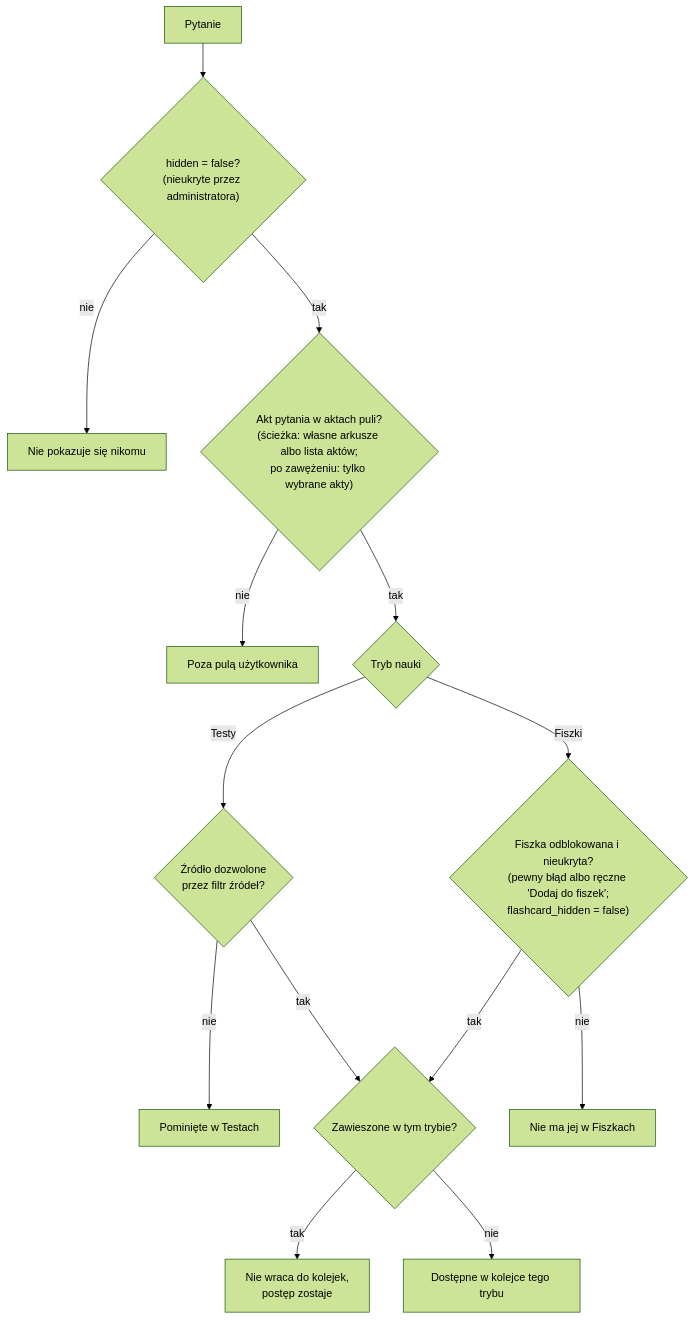
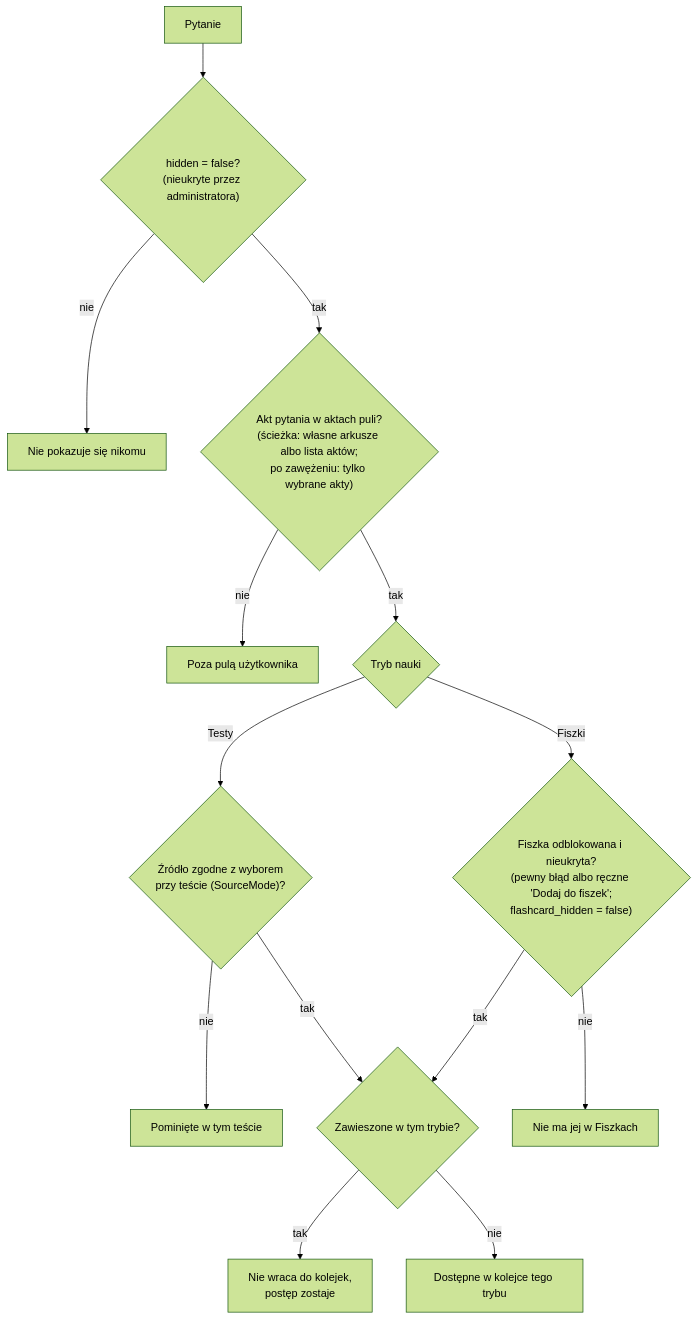
One commit to YellowHand/tutlaw-backend changed the first of 3 diagrams in docs/04-nauka-testy-fiszki-fsrs.md. Above: the diagram before and after it, drawn with Mermaid (forest theme). The commit also changed other lines of this file and 57 other files, not shown here.

````diff
--- a/docs/04-nauka-testy-fiszki-fsrs.md
+++ b/docs/04-nauka-testy-fiszki-fsrs.md
@@ -72,16 +71,16 @@
 ```mermaid
 flowchart TD
     Q["Pytanie"] --> H{"hidden = false?<br/>(nieukryte przez administratora)"}
     H -- "nie" --> X["Nie pokazuje się nikomu"]
     H -- "tak" --> A{"Akt pytania w aktach puli?<br/>(ścieżka: własne arkusze albo lista aktów;<br/>po zawężeniu: tylko wybrane akty)"}
     A -- "nie" --> Y["Poza pulą użytkownika"]
     A -- "tak" --> M{"Tryb nauki"}
-    M -- "Testy" --> F{"Źródło dozwolone<br/>przez filtr źródeł?"}
-    F -- "nie" --> W["Pominięte w Testach"]
+    M -- "Testy" --> F{"Źródło zgodne z wyborem<br/>przy teście (SourceMode)?"}
+    F -- "nie" --> W["Pominięte w tym teście"]
     F -- "tak" --> S{"Zawieszone w tym trybie?"}
     M -- "Fiszki" --> U{"Fiszka odblokowana i nieukryta?<br/>(pewny błąd albo ręczne 'Dodaj do fiszek';<br/>flashcard_hidden = false)"}
     U -- "nie" --> V["Nie ma jej w Fiszkach"]
     U -- "tak" --> S
     S -- "tak" --> Z["Nie wraca do kolejek,<br/>postęp zostaje"]
     S -- "nie" --> OK["Dostępne w kolejce tego trybu"]
 ```
````
